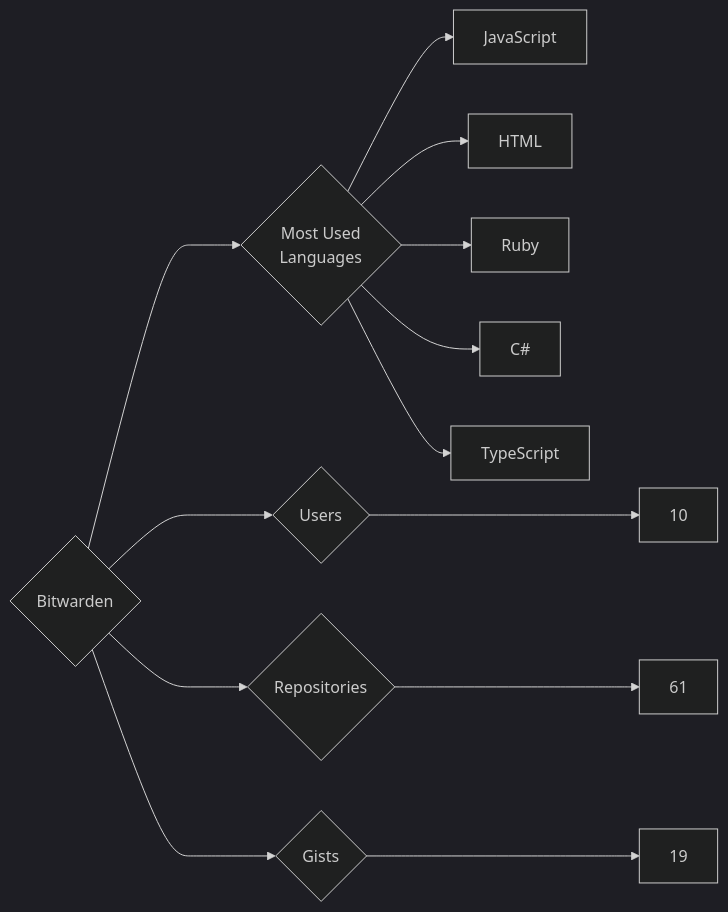
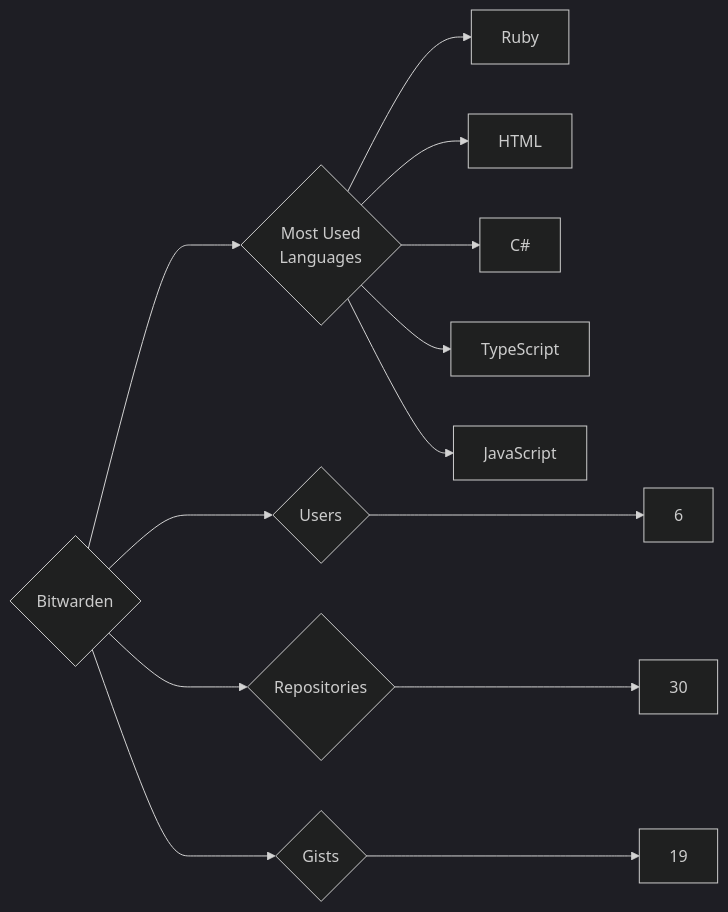
One commit to trickest/insiders changed the diagram in targets/Bitwarden/README.md. Above: the diagram before and after it, drawn with Mermaid (dark theme). The commit also changed 1148 other files, not shown here.

````diff
--- a/targets/Bitwarden/README.md
+++ b/targets/Bitwarden/README.md
@@ -3,13 +3,13 @@
 ```mermaid
 graph LR
 COMPANY_NAME{Bitwarden}
-COMPANY_NAME ---> U{Users} ---> UN[10]
-COMPANY_NAME ---> R{Repositories} ---> RN[61]
+COMPANY_NAME ---> U{Users} ---> UN[6]
+COMPANY_NAME ---> R{Repositories} ---> RN[30]
 COMPANY_NAME ---> G{Gists} ---> GN[19]
 COMPANY_NAME ---> ML{Most Used<br>Languages}
-ML --> JavaScript[JavaScript]
+ML --> Ruby[Ruby]
 ML --> HTML[HTML]
-ML --> Ruby[Ruby]
 ML --> C#[C#]
 ML --> TypeScript[TypeScript]
+ML --> JavaScript[JavaScript]
 ```
````
